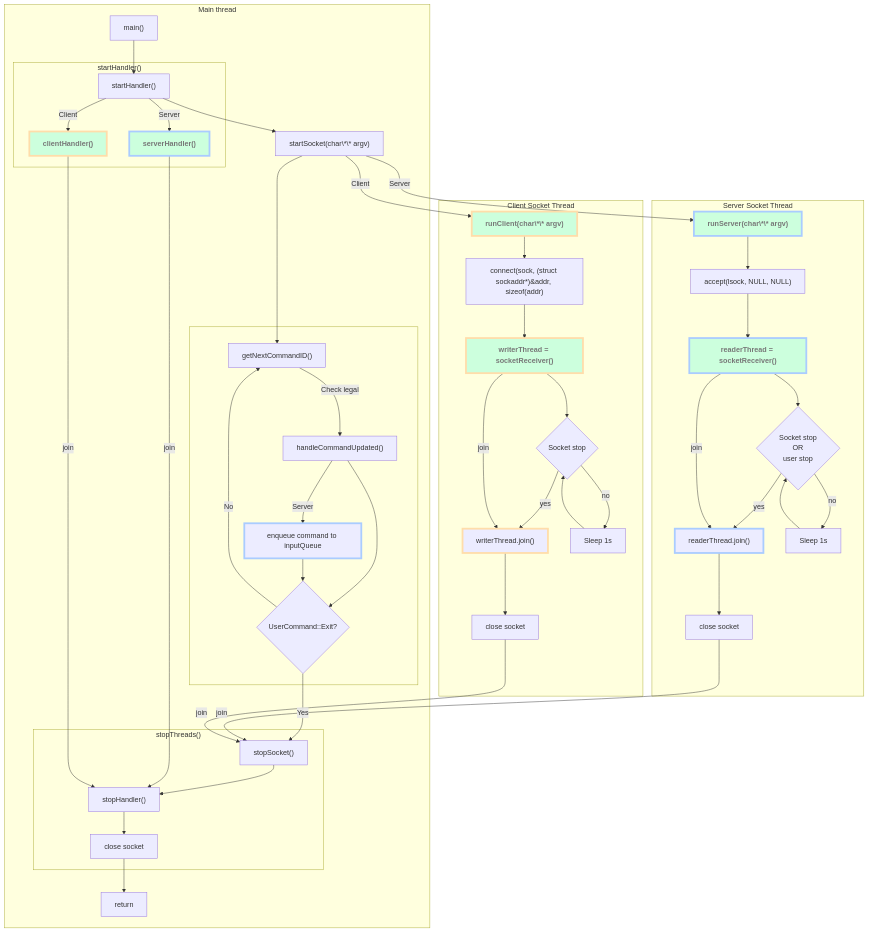
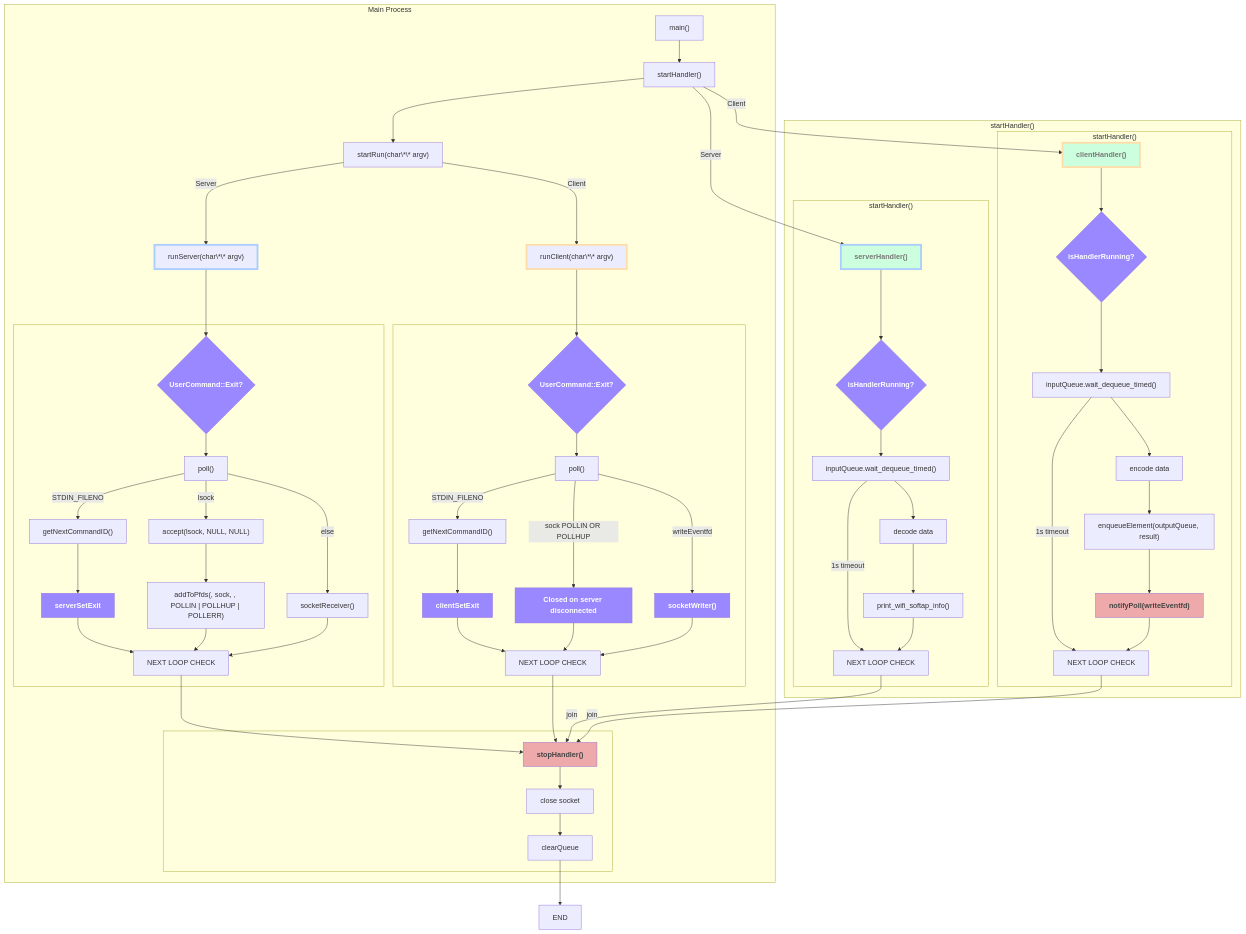
One commit to nihsliao/c_serialization_demo changed the second of 2 diagrams in README.md. Above: the diagram before and after it, drawn with Mermaid. The commit also changed other lines of this file and 2 other files, not shown here.

Commit message:
Design Improvement: Use eventfd for writerThread to notify poll()

````diff
--- a/README.md
+++ b/README.md
@@ -190,90 +203,111 @@
 ```mermaid
 flowchart TB
 classDef thread fill:#CFD,color:#777,font-weight:bold
+classDef condition fill:#98F,color:#FFF,font-weight:bold
 classDef server stroke-width:4px,stroke:#ACF
 classDef client stroke-width:4px,stroke:#FDA
+classDef crossThread fill:#EAA,color:#444,font-weight:bold
+
 
 startHandler["startHandler()"]
+stopHandler["stopHandler()"]:::crossThread
 serverHandler["serverHandler()"]:::thread
 serverHandler:::server
 clientHandler["clientHandler()"]:::thread
 clientHandler:::client
-startSocket["startSocket(char\*\* argv)"]
-runServer["runServer(char\*\* argv)"]:::thread
+
+startRun["startRun(char\*\* argv)"]
+runServer["runServer(char\*\* argv)"]
 runServer:::server
-runClient["runClient(char\*\* argv)"]:::thread
+runClient["runClient(char\*\* argv)"]
 runClient:::client
-userInput["getNextCommandID()"]
-inputUpdate["handleCommandUpdated()"]
-isExit{"UserCommand::Exit?"}
-enqueueCommand["enqueue command to inputQueue"]
-enqueueCommand:::server
-startReaderThread["readerThread = socketReceiver()"]:::thread
-startReaderThread:::server
-serverStop{
-Socket stop
-OR
-user stop}
-readerJoin["readerThread.join()"]:::server
-startWriterThread["writerThread = socketReceiver()"]:::thread
-startWriterThread:::client
-clientStop{Socket stop}
-writerJoin["writerThread.join()"]:::client
+
+serverExitCheck{"UserCommand::Exit?"}:::condition
+clientExitCheck{"UserCommand::Exit?"}:::condition
+serverPoll["poll()"]
+clientPoll["poll()"]
+serverUserInput["getNextCommandID()"]
+clientUserInput["getNextCommandID()"]
+
+serverHandlerExitCheck{"isHandlerRunning?"}:::condition
+clientHandlerExitCheck{"isHandlerRunning?"}:::condition
+
 
 %% START the flowChart
-subgraph mainP[Main thread]
+subgraph mainP[Main Process]
     main["main()"]-->startHandler
-    subgraph handler["startHandler()"]
-        startHandler--Client-->clientHandler
-        startHandler--Server-->serverHandler
+    startHandler-->startRun
+    startRun--Server-->runServer
+    startRun--Client-->runClient
+
+    %% runServer Poll LOOP
+    runServer-->serverExitCheck{"UserCommand::Exit?"}:::condition
+    subgraph ServerPollLoop[ ]
+        serverExitCheck-->serverPoll
+        serverPoll--STDIN_FILENO-->serverUserInput
+        serverUserInput-->serverSetExit:::condition
+        serverSetExit-->serverNextLoop["NEXT LOOP CHECK"]
+
+        serverPoll--lsock-->accept["accept(lsock, NULL, NULL)"]
+        accept-->addSocketPf["addToPfds(, sock, , POLLIN | POLLHUP | POLLERR)"]
+        addSocketPf-->serverNextLoop
+
+        serverPoll--else-->serverRecv["socketReceiver()"]
+        serverRecv-->serverNextLoop
+    end
+    serverNextLoop-->stopHandler
+
+    %% runClient Poll LOOP
+    runClient-->clientExitCheck
+    subgraph ClientPollLoop[ ]
+        clientExitCheck-->clientPoll
+        clientPoll--STDIN_FILENO-->clientUserInput
+        clientUserInput-->clientSetExit:::condition
+        clientSetExit-->clientNextLoop["NEXT LOOP CHECK"]
+
+        clientPoll--sock POLLIN OR POLLHUP-->clientDisconnected["Closed on server disconnected"]:::condition
+        clientDisconnected-->clientNextLoop
+
+        clientPoll--writeEventfd-->clientSend["socketWriter()"]:::condition
+        clientSend-->clientNextLoop
+    end
+    clientNextLoop-->stopHandler
+
+    %% main STOP
+    subgraph stopP[ ]
+        stopHandler-->socketClose["close socket"]
+        socketClose-->clearQueue
+    end
+end
+
+subgraph handlerThread["startHandler()"]
+    startHandler--Client-->clientHandler
+    startHandler--Server-->serverHandler
+
+    subgraph serverHandlerThread["startHandler()"]
+        serverHandler-->serverHandlerExitCheck
+        serverHandlerExitCheck-->waitSeverInputQ["inputQueue.wait_dequeue_timed()"]
+        waitSeverInputQ--1s timeout-->serverHandlerNextLoop["NEXT LOOP CHECK"]
+
+        waitSeverInputQ-->decode["decode data"]
+        decode-->printResult["print_wifi_softap_info()"]
+        printResult-->serverHandlerNextLoop
     end
 
-    startHandler-->startSocket
-    startSocket-->userInput
 
-    subgraph whileInput[ ]
-        userInput--Check legal-->inputUpdate
-        inputUpdate-->isExit
-        inputUpdate--Server-->enqueueCommand
-        enqueueCommand-->isExit
-        isExit--No -->userInput
+    subgraph clientHandlerThread["startHandler()"]
+        clientHandler-->clientHandlerExitCheck
+        clientHandlerExitCheck-->waitClientInputQ["inputQueue.wait_dequeue_timed()"]
+        waitClientInputQ--1s timeout-->clientHandlerNextLoop["NEXT LOOP CHECK"]
+
+        waitClientInputQ-->encode["encode data"]
+        encode-->enqueueOutputQ["enqueueElement(outputQueue, result)"]
+        enqueueOutputQ-->notifyPoll["notifyPoll(writeEventfd)"]:::crossThread
+        notifyPoll-->clientHandlerNextLoop
     end
-
-    isExit--Yes-->stopSocket["stopSocket()"]
-
-    subgraph stopP["stopThreads()"]
-        stopSocket-->stopHandler["stopHandler()"]
-        stopHandler-->socketClose["close socket"]
-    end
-    serverHandler--join-->stopHandler
-    clientHandler--join-->stopHandler
-    socketClose-->return["return"]
+    serverHandlerNextLoop--join-->stopHandler
+    clientHandlerNextLoop--join-->stopHandler
 end
 
-startSocket--Server-->runServer
-startSocket--Client-->runClient
-
-subgraph sreverSocketThread[Server Socket Thread]
-    runServer-->accept["accept(lsock, NULL, NULL)"]
-    accept-->startReaderThread
-    startReaderThread-->serverStop
-    serverStop--no -->sleep["Sleep 1s"]
-    sleep-->serverStop
-    serverStop--yes-->readerJoin
-    startReaderThread--join-->readerJoin
-    readerJoin-->s_sclose["close socket"]
-end
-
-subgraph clientSocketThread[Client Socket Thread]
-    runClient-->connect["connect(sock, (struct sockaddr*)&addr, sizeof(addr)"]
-    connect-->startWriterThread
-    startWriterThread-->clientStop
-    clientStop--no -->sleep_c["Sleep 1s"]
-    sleep_c-->clientStop
-    clientStop--yes-->writerJoin
-    startWriterThread--join-->writerJoin
-    writerJoin-->c_sclose["close socket"]
-end
-s_sclose--join-->stopSocket
-c_sclose--join-->stopSocket
+clearQueue-->END
 ```
````
